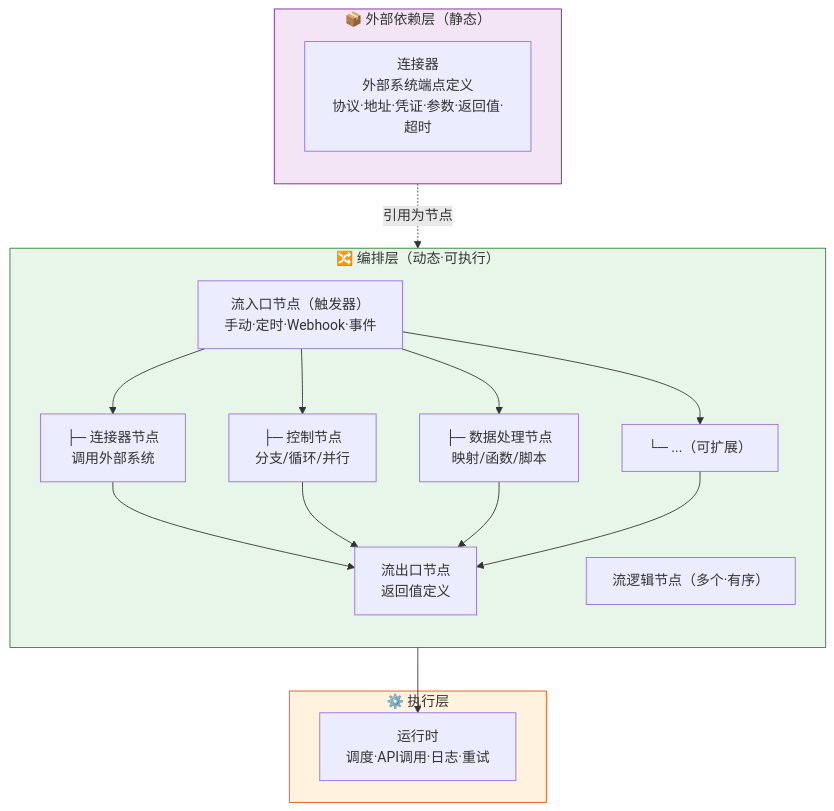
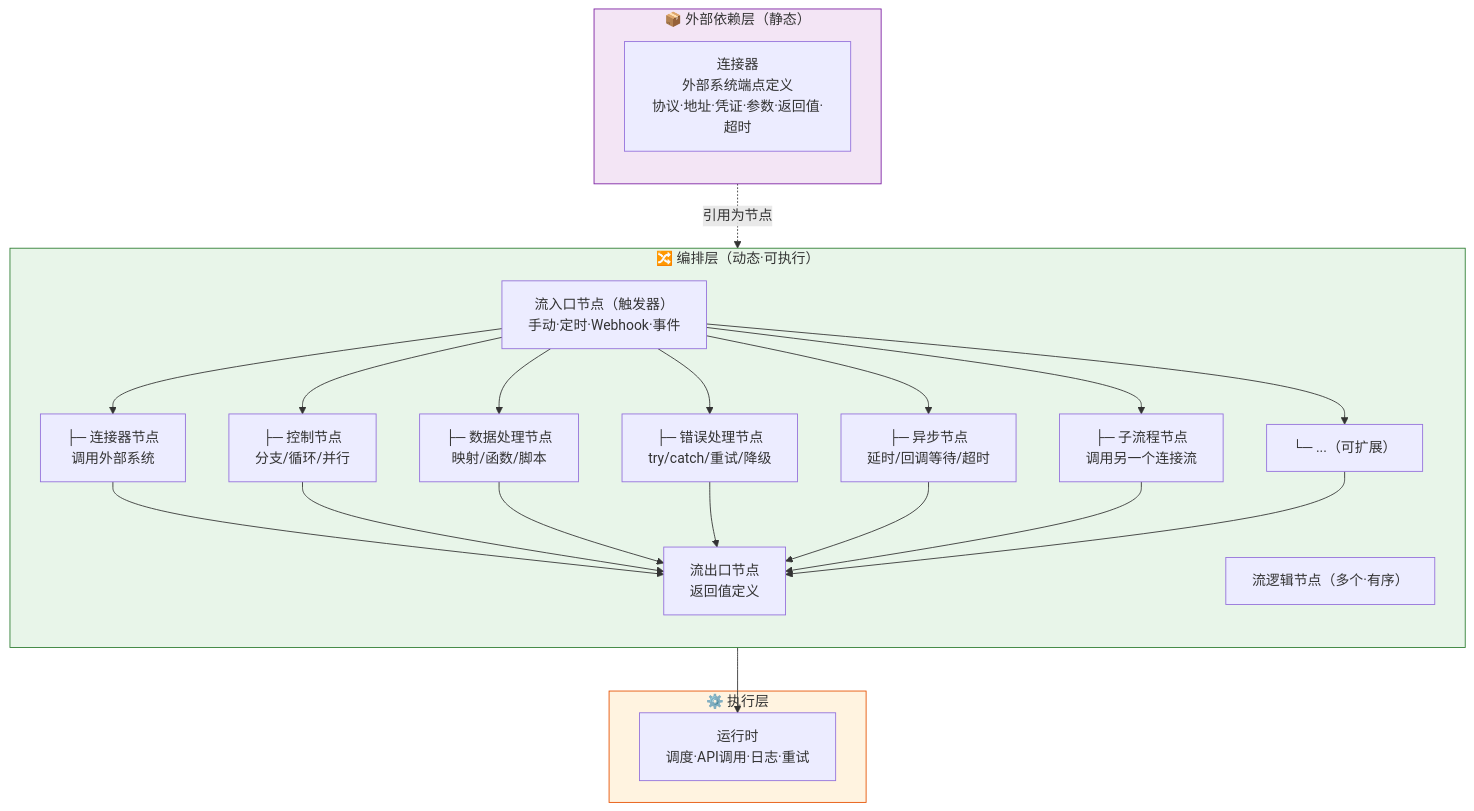
One commit to THZSummer/open-app changed the fifth of 14 diagrams in .sddu/specs-tree-root/specs-tree-connector-platform/discovery-report.md. Above: the diagram before and after it, drawn with Mermaid. The commit also changed other lines of this file, not shown here.

````diff
--- a/.sddu/specs-tree-root/specs-tree-connector-platform/discovery-report.md
+++ b/.sddu/specs-tree-root/specs-tree-connector-platform/discovery-report.md
@@ -233,30 +233,33 @@
 ```mermaid
 graph TB
     subgraph Dep["📦 外部依赖层（静态）"]
         direction TB
         C["连接器<br/>外部系统端点定义<br/>协议·地址·凭证·参数·返回值·超时"]
     end
 
     subgraph Flow["🔀 编排层（动态·可执行）"]
         direction TB
         EN["流入口节点（触发器）<br/>手动·定时·Webhook·事件"]
         LN["流逻辑节点（多个·有序）"]
         LN1["├─ 连接器节点<br/>调用外部系统"]
         LN2["├─ 控制节点<br/>分支/循环/并行"]
         LN3["├─ 数据处理节点<br/>映射/函数/脚本"]
+        LN4["├─ 错误处理节点<br/>try/catch/重试/降级"]
+        LN5["├─ 异步节点<br/>延时/回调等待/超时"]
+        LN6["├─ 子流程节点<br/>调用另一个连接流"]
         LNM["└─ ...（可扩展）"]
         EX["流出口节点<br/>返回值定义"]
-        EN --> LN1 & LN2 & LN3 & LNM --> EX
+        EN --> LN1 & LN2 & LN3 & LN4 & LN5 & LN6 & LNM --> EX
     end
 
     subgraph RT["⚙️ 执行层"]
         R["运行时<br/>调度·API调用·日志·重试"]
     end
 
     Flow --> R
     C -.->|引用为节点| LN1
 
     style Dep fill:#f3e5f5,stroke:#7b1fa2
     style Flow fill:#e8f5e9,stroke:#2e7d32
     style RT fill:#fff3e0,stroke:#e65100
 ```
````
